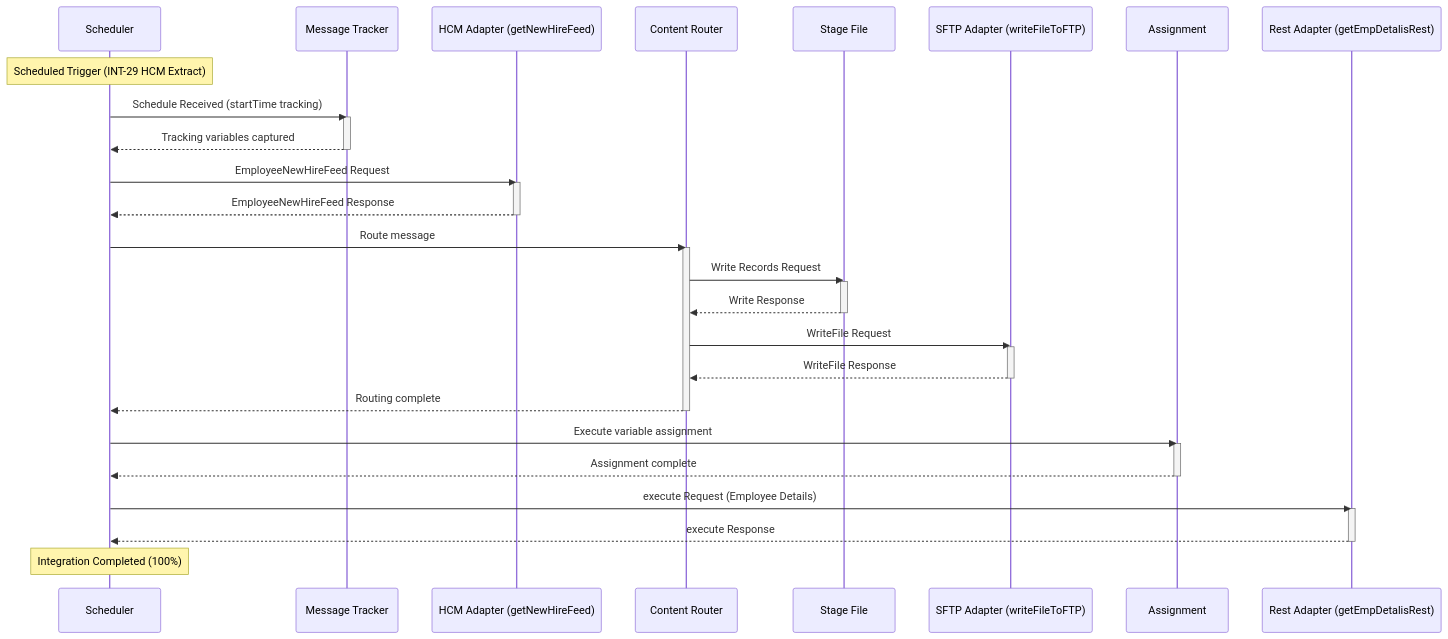
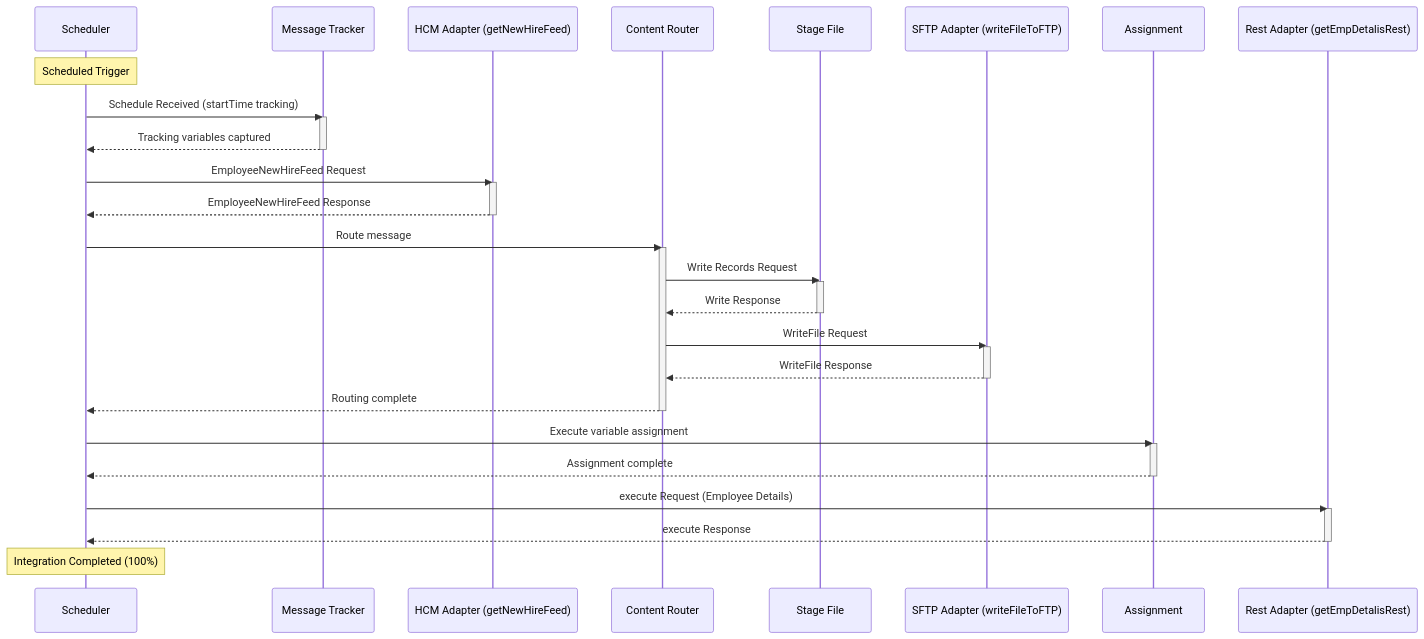
One commit to shanchih/Seaspan changed the diagram in Seaspan/Helm/EmployeeMaster.md. Above: the diagram before and after it, drawn with Mermaid. The commit also changed other lines of this file, not shown here.

````diff
--- a/Seaspan/Helm/EmployeeMaster.md
+++ b/Seaspan/Helm/EmployeeMaster.md
@@ -20,70 +20,70 @@
 ```mermaid 
 %%{init: {
   "theme": "default",
   "themeVariables": {
     "fontSize": "16px",
     "actorBkg": "#EFF5FB",
     "actorBorder": "#3A7FB8",
     "actorTextColor": "#1E3D6B",
     "boxTextColor": "#1E3D6B",
     "boxStroke": "#3A7FB8",
     "noteBkgColor": "#FFF8E6",
     "noteTextColor": "#5F4B1E"
   },
   "themeCSS": "
     .actor { stroke-width: 2px }
     .note rect { rx: 10; ry: 10; stroke-width: 2px }
     .label { font-weight: bold }
     .messageText { font-size: 14px }
     .box { rx: 15; ry: 15; stroke-width: 2px }
     .participant { width: 180px }
     #arrowhead path { fill: #3A7FB8 !important }
   "
 }}%%
 sequenceDiagram
     participant Scheduler as Scheduler
     participant MessageTracker as Message Tracker
     participant HCMCloud as HCM Adapter (getNewHireFeed)
     participant Router as Content Router
     participant StageFile as Stage File
     participant SFTP as SFTP Adapter (writeFileToFTP)
     participant Assignment as Assignment
     participant HCMRest as Rest Adapter (getEmpDetalisRest)
 
-    Note over Scheduler: Scheduled Trigger (INT-29 HCM Extract)
+    Note over Scheduler: Scheduled Trigger
     Scheduler->>MessageTracker: Schedule Received (startTime tracking)
     activate MessageTracker
     MessageTracker-->>Scheduler: Tracking variables captured
     deactivate MessageTracker
 
     Scheduler->>HCMCloud: EmployeeNewHireFeed Request
     activate HCMCloud
     HCMCloud-->>Scheduler: EmployeeNewHireFeed Response
     deactivate HCMCloud
 
     Scheduler->>Router: Route message
     activate Router
     Router->>StageFile: Write Records Request
     activate StageFile
     StageFile-->>Router: Write Response
     deactivate StageFile
     
     Router->>SFTP: WriteFile Request
     activate SFTP
     SFTP-->>Router: WriteFile Response
     deactivate SFTP
     Router-->>Scheduler: Routing complete
     deactivate Router
 
     Scheduler->>Assignment: Execute variable assignment
     activate Assignment
     Assignment-->>Scheduler: Assignment complete
     deactivate Assignment
 
     Scheduler->>HCMRest: execute Request (Employee Details)
     activate HCMRest
     HCMRest-->>Scheduler: execute Response
     deactivate HCMRest
 
     Note over Scheduler: Integration Completed (100%)
 ```
````
